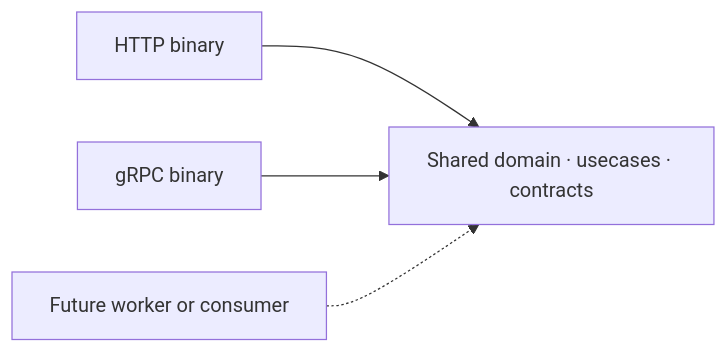
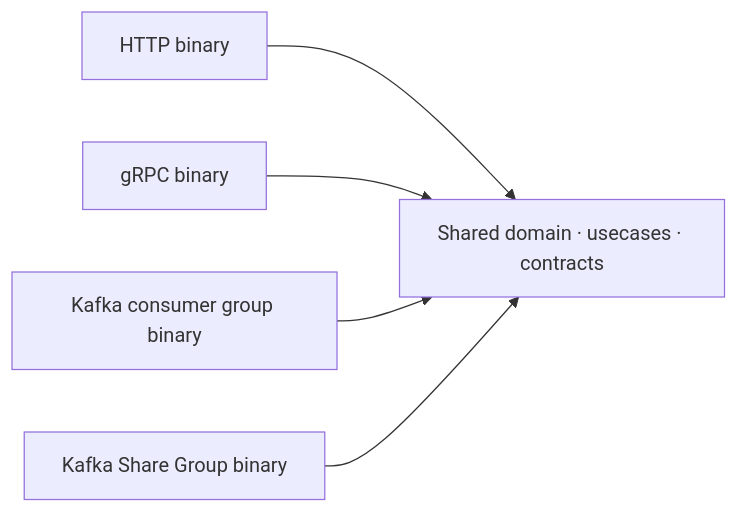
Before and after one commit to eannchen/go-backend-architecture: the first of 2 diagrams in README.md, drawn with Mermaid. The commit also changed other lines of this file and 422 other files, not shown here.

````diff
--- a/README.md
+++ b/README.md
@@ -57,6 +59,7 @@
 ```mermaid
 flowchart LR
     http[HTTP binary] --> core[Shared domain · usecases · contracts]
     grpc[gRPC binary] --> core
-    future[Future worker or consumer] -.-> core
+    kafka[Kafka consumer group binary] --> core
+    share[Kafka Share Group binary] --> core
 ```
````
